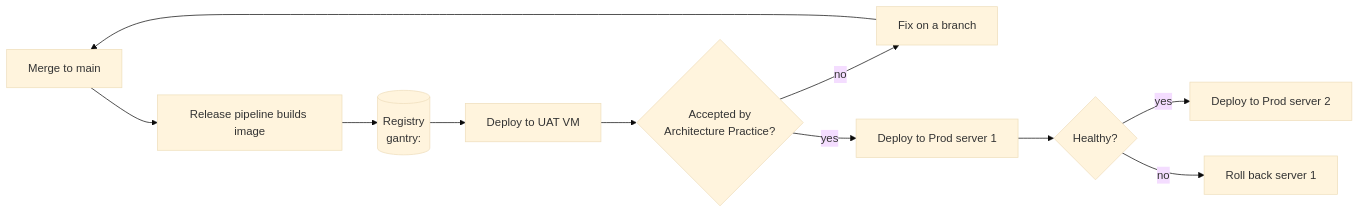
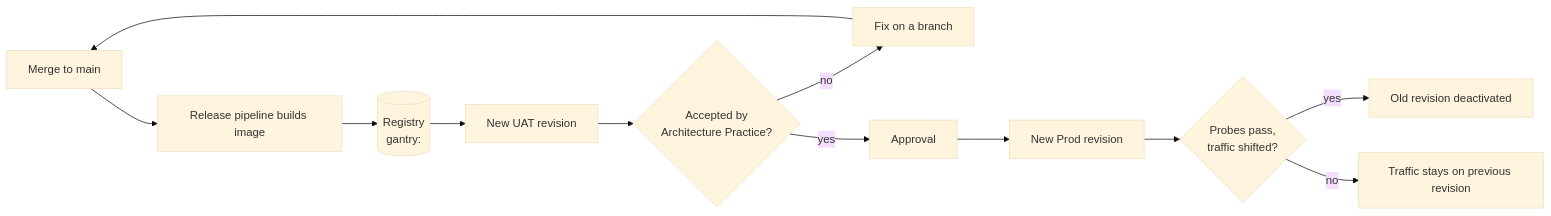
One commit to cgbarlow/gantry changed the first of 4 diagrams in instances/gantry/modules/solution-definition.md. Above: the diagram before and after it, drawn with Mermaid (base theme). The commit also changed other lines of this file and 11 other files, not shown here.

````diff
--- a/instances/gantry/modules/solution-definition.md
+++ b/instances/gantry/modules/solution-definition.md
@@ -25,12 +25,12 @@
 ```mermaid
 flowchart LR
   M[Merge to main] --> P[Release pipeline builds image]
   P --> R[("Registry\ngantry:<version>")]
-  R --> U[Deploy to UAT VM]
+  R --> U[New UAT revision]
   U --> T{Accepted by\nArchitecture Practice?}
   T -- no --> F[Fix on a branch] --> M
-  T -- yes --> P1[Deploy to Prod server 1]
-  P1 --> H1{Healthy?}
-  H1 -- yes --> P2[Deploy to Prod server 2]
-  H1 -- no --> RB[Roll back server 1]
+  T -- yes --> A[Approval] --> PR[New Prod revision]
+  PR --> H{Probes pass,\ntraffic shifted?}
+  H -- yes --> D[Old revision deactivated]
+  H -- no --> RB[Traffic stays on previous revision]
 ```
````
